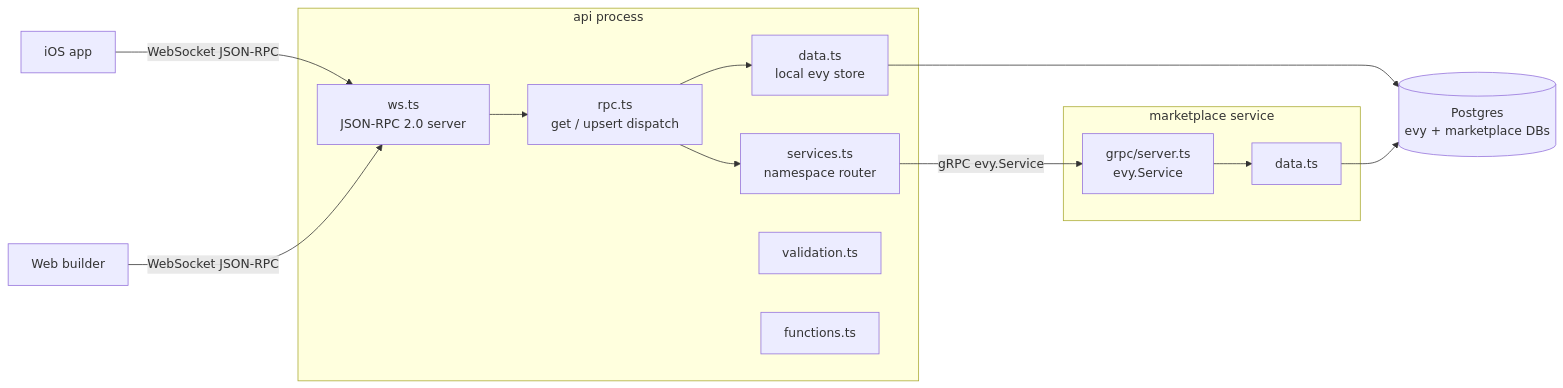
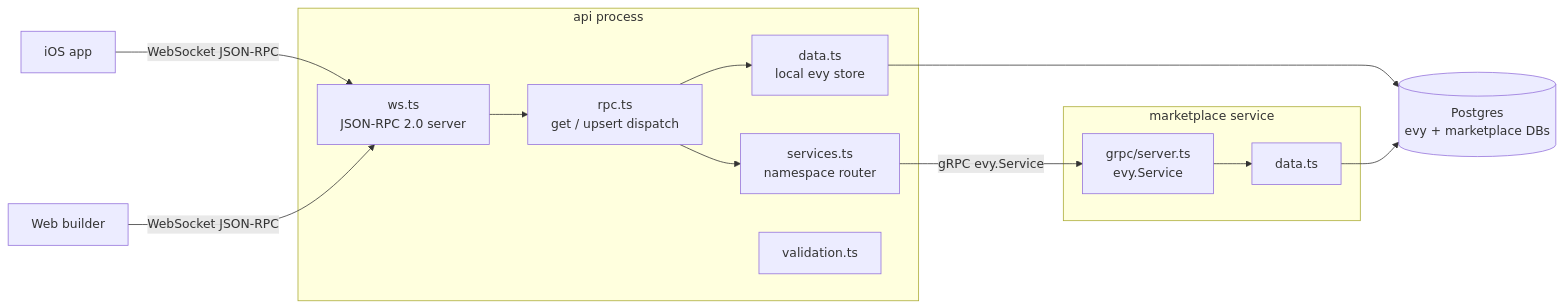
One commit to EVY-Platform/evy changed the first of 3 diagrams in api/README.md. Above: the diagram before and after it, drawn with Mermaid. The commit also changed other lines of this file and 7 other files, not shown here.

````diff
--- a/api/README.md
+++ b/api/README.md
@@ -11,31 +11,30 @@
 ```mermaid
 flowchart LR
     ios[iOS app]
     web[Web builder]
 
     subgraph api_process [api process]
         ws[ws.ts<br/>JSON-RPC 2.0 server]
         rpc[rpc.ts<br/>get / upsert dispatch]
         data[data.ts<br/>local evy store]
         services[services.ts<br/>namespace router]
         validation[validation.ts]
-        functions[functions.ts]
     end
 
     subgraph marketplace_process [marketplace service]
         grpc[grpc/server.ts<br/>evy.Service]
         mdata[data.ts]
     end
 
     pg[(Postgres<br/>evy + marketplace DBs)]
 
     ios -- WebSocket JSON-RPC --> ws
     web -- WebSocket JSON-RPC --> ws
     ws --> rpc
     rpc --> data
     rpc --> services
     services -- gRPC evy.Service --> grpc
     data --> pg
     grpc --> mdata
     mdata --> pg
 ```
````
